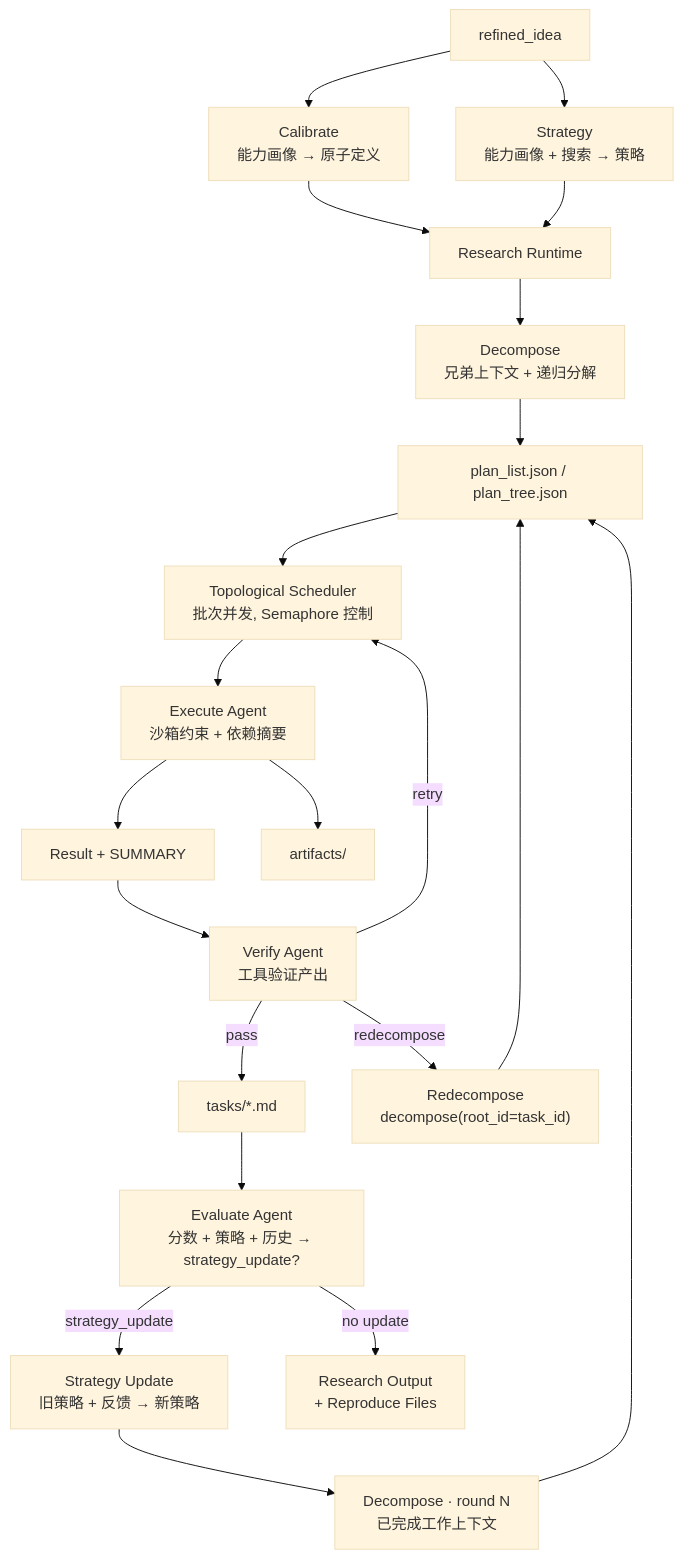
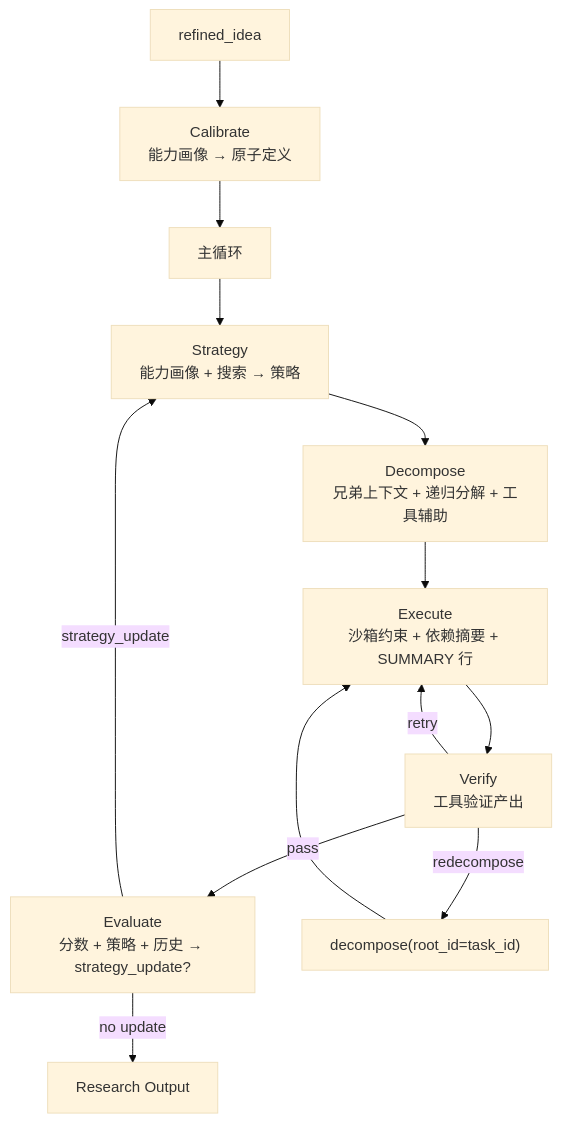
Before and after one commit to dozybot001/maars: the second of 2 diagrams in docs/CN/architecture.md, drawn with Mermaid (base theme). The commit also changed other lines of this file and 3 other files, not shown here.

First line of the commit message:
docs: unify architecture + workflow + SSE into single document

````diff
--- a/docs/CN/architecture.md
+++ b/docs/CN/architecture.md
@@ -152,29 +70,18 @@
 ```mermaid
 flowchart TB
     IDEA["refined_idea"] --> CAL["Calibrate\n能力画像 → 原子定义"]
-    IDEA --> STR["Strategy\n能力画像 + 搜索 → 策略"]
 
-    CAL --> RT["Research Runtime"]
-    STR --> RT
+    CAL --> LOOP["主循环"]
 
-    RT --> DEC["Decompose\n兄弟上下文 + 递归分解"]
-    DEC --> PLAN["plan_list.json / plan_tree.json"]
+    LOOP --> STR["Strategy\n能力画像 + 搜索 → 策略"]
+    STR --> DEC["Decompose\n兄弟上下文 + 递归分解 + 工具辅助"]
+    DEC --> EXEC["Execute\n沙箱约束 + 依赖摘要 + SUMMARY 行"]
+    EXEC --> VER["Verify\n工具验证产出"]
+    VER -->|pass| EVAL["Evaluate\n分数 + 策略 + 历史 → strategy_update?"]
+    VER -->|retry| EXEC
+    VER -->|redecompose| DEC2["decompose(root_id=task_id)"]
+    DEC2 --> EXEC
 
-    PLAN --> SCH["Topological Scheduler\n批次并发, Semaphore 控制"]
-    SCH --> WORK["Execute Agent\n沙箱约束 + 依赖摘要"]
-    WORK --> RESOUT["Result + SUMMARY"]
-    WORK --> ART["artifacts/"]
-    RESOUT --> VER["Verify Agent\n工具验证产出"]
-
-    VER -->|pass| TASKS["tasks/*.md"]
-    VER -->|retry| SCH
-    VER -->|redecompose| DEC2["Redecompose\ndecompose(root_id=task_id)"]
-    DEC2 --> PLAN
-
-    TASKS --> EVAL["Evaluate Agent\n分数 + 策略 + 历史 → strategy_update?"]
-
-    EVAL -->|strategy_update| STUP["Strategy Update\n旧策略 + 反馈 → 新策略"]
-    STUP --> DEC3["Decompose · round N\n已完成工作上下文"]
-    DEC3 --> PLAN
-    EVAL -->|no update| FINAL["Research Output\n+ Reproduce Files"]
+    EVAL -->|strategy_update| STR
+    EVAL -->|no update| FINAL["Research Output"]
 ```
````
